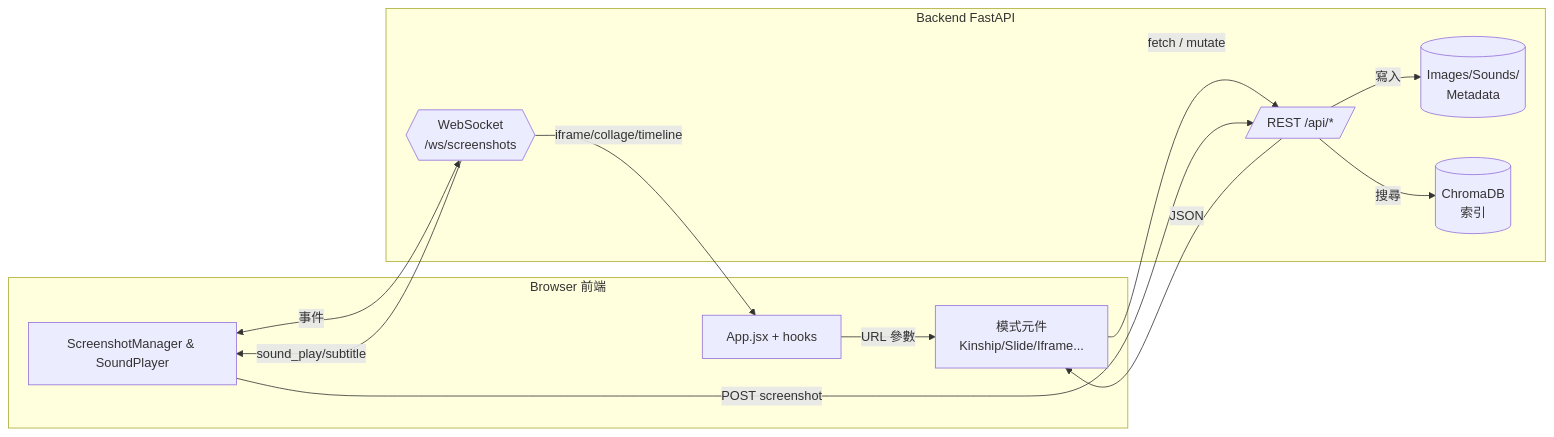
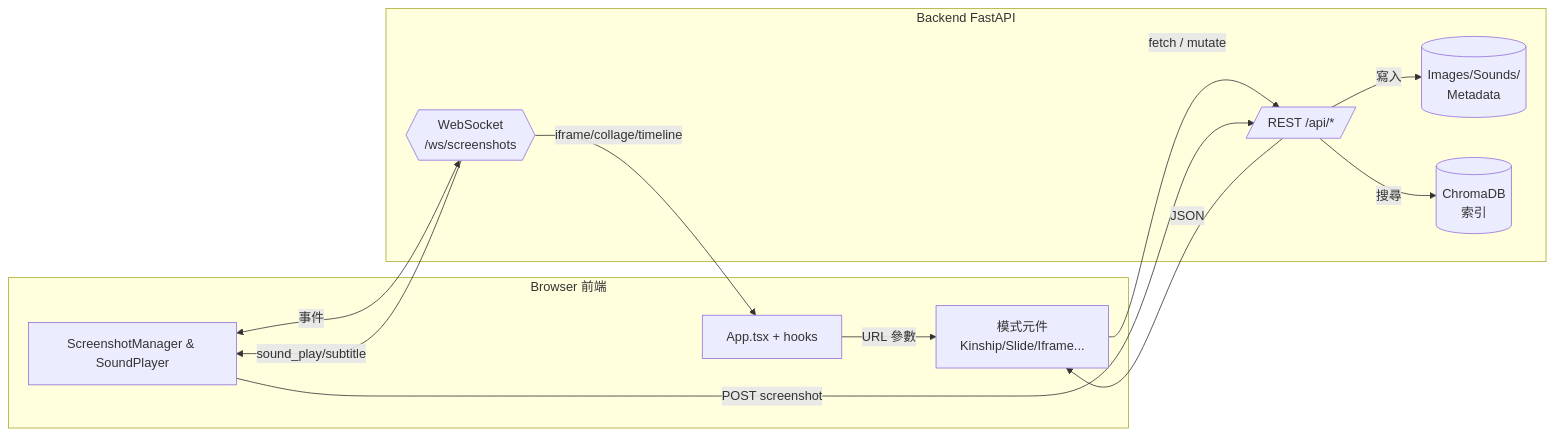
One commit to eggyy1224/glitch_home changed the diagram in docs/system_architecture/前端架構概論.md. Above: the diagram before and after it, drawn with Mermaid. The commit also changed other lines of this file and 9 other files, not shown here.

````diff
--- a/docs/system_architecture/前端架構概論.md
+++ b/docs/system_architecture/前端架構概論.md
@@ -98,24 +102,24 @@
 ```mermaid
 flowchart LR
   subgraph Browser 前端
-    A[App.jsx + hooks]
+    A[App.tsx + hooks]
     B[模式元件\nKinship/Slide/Iframe...]
     C[ScreenshotManager & SoundPlayer]
   end
   subgraph Backend FastAPI
     D[/REST /api/*/]
     E{{WebSocket\n/ws/screenshots}}
     F[(Images/Sounds/\nMetadata)]
     G[(ChromaDB\n索引)]
   end
 
   A -->|URL 參數| B
   B -->|fetch / mutate| D
   D -->|JSON| B
   C <-->|事件| E
   C -->|POST screenshot| D
   D -->|寫入| F
   D -->|搜尋| G
   E -->|iframe/collage/timeline| A
   E -->|sound_play/subtitle| C
 ```
````
